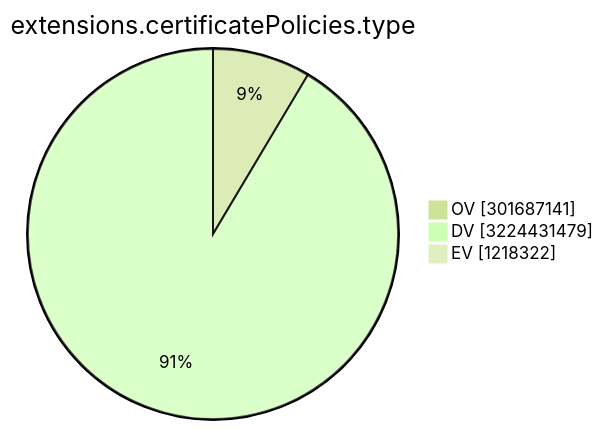
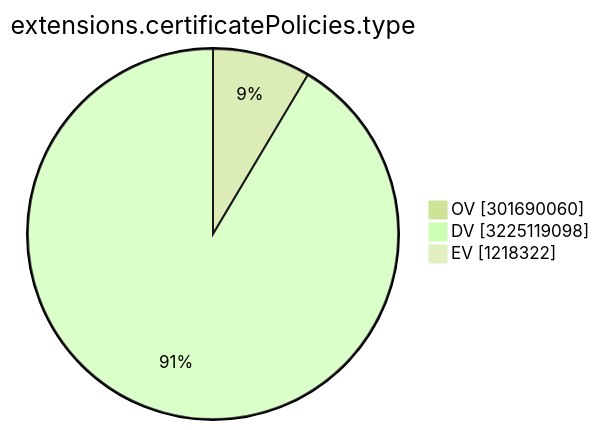
The ninth of 15 diagrams in TOTAL/README.md (christiankrug/ctmonitor_visualization), drawn with Mermaid (forest theme) before and after one commit. The commit also changed other lines of this file, not shown here.

````diff
--- a/TOTAL/README.md
+++ b/TOTAL/README.md
@@ -3107,7 +3107,7 @@
 ```mermaid
 pie showData
 title extensions.certificatePolicies.type
-"OV" :301687141
-"DV" :3224431479
+"OV" :301690060
+"DV" :3225119098
 "EV" :1218322
 ```
````
